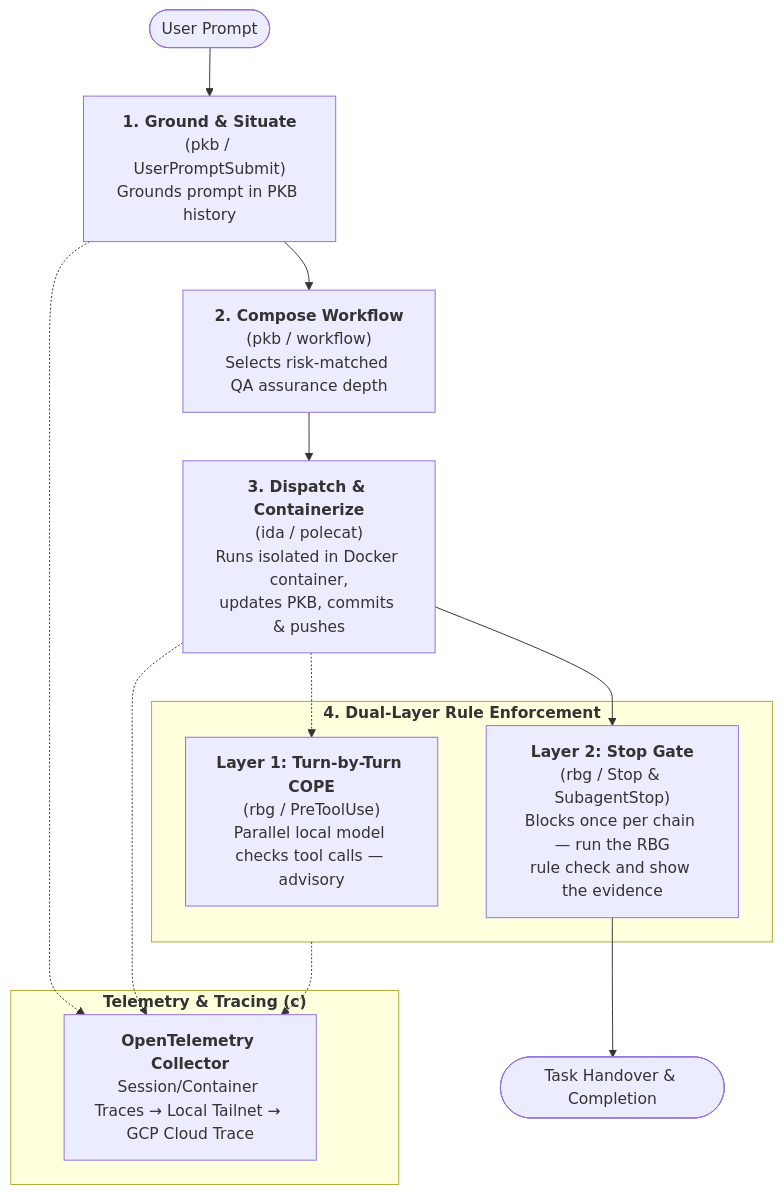
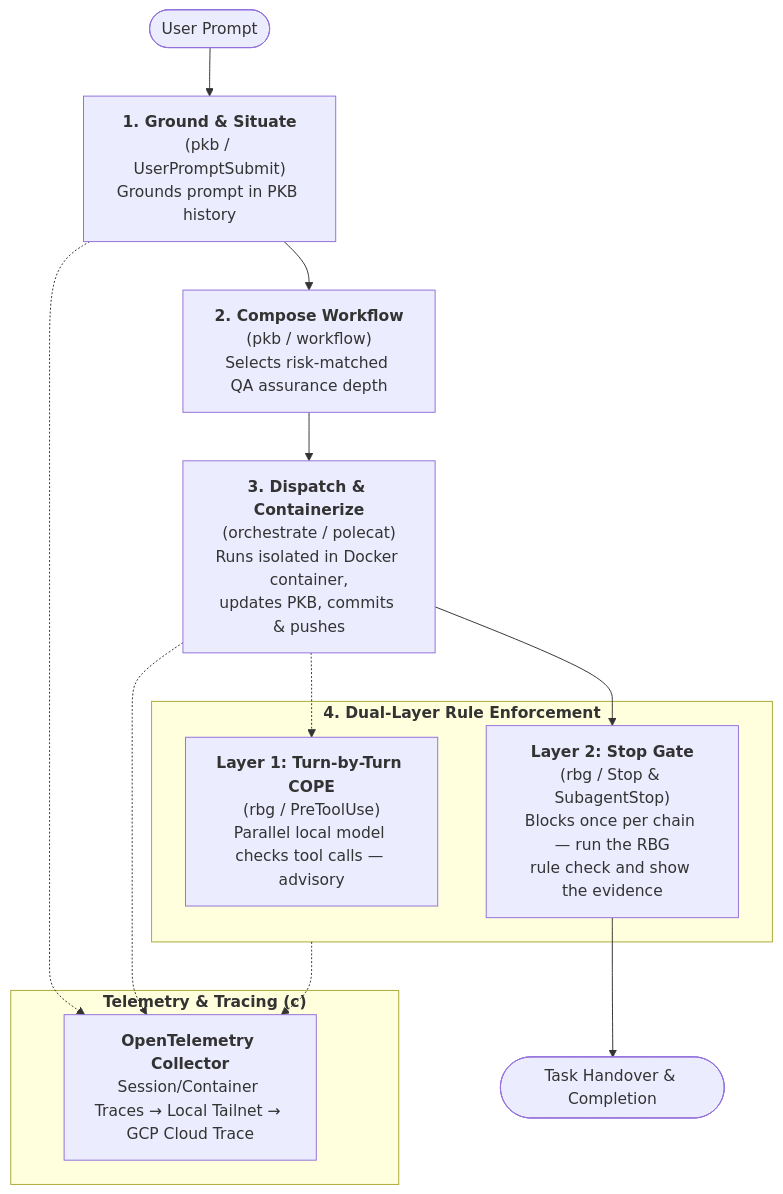
Before and after one commit to nicsuzor/academicOps: the diagram in README.md, drawn with Mermaid. The commit also changed other lines of this file and 59 other files, not shown here.

````diff
--- a/README.md
+++ b/README.md
@@ -16,23 +16,23 @@
 ```mermaid
 flowchart TD
     U([User Prompt]) --> P1["<b>1. Ground & Situate</b><br/>(pkb / UserPromptSubmit)<br/>Grounds prompt in PKB history"]
     P1 --> P2["<b>2. Compose Workflow</b><br/>(pkb / workflow)<br/>Selects risk-matched QA assurance depth"]
-    P2 --> P3["<b>3. Dispatch & Containerize</b><br/>(ida / polecat)<br/>Runs isolated in Docker container,<br/>updates PKB, commits & pushes"]
+    P2 --> P3["<b>3. Dispatch & Containerize</b><br/>(orchestrate / polecat)<br/>Runs isolated in Docker container,<br/>updates PKB, commits & pushes"]
     
     subgraph Enforcement["<b>4. Dual-Layer Rule Enforcement</b>"]
         E1["<b>Layer 1: Turn-by-Turn COPE</b><br/>(rbg / PreToolUse)<br/>Parallel local model checks tool calls — advisory"]
         E2["<b>Layer 2: Stop Gate</b><br/>(rbg / Stop & SubagentStop)<br/>Blocks once per chain — run the RBG<br/>rule check and show the evidence"]
     end
 
     P3 -.-> E1
     P3 --> E2
     E2 --> F([Task Handover & Completion])
 
     subgraph Tracing["<b>Telemetry & Tracing (c)</b>"]
         OTEL["<b>OpenTelemetry Collector</b><br/>Session/Container Traces → Local Tailnet → GCP Cloud Trace"]
     end
 
     P1 -.-> OTEL
     P3 -.-> OTEL
     Enforcement -.-> OTEL
 ```
````
